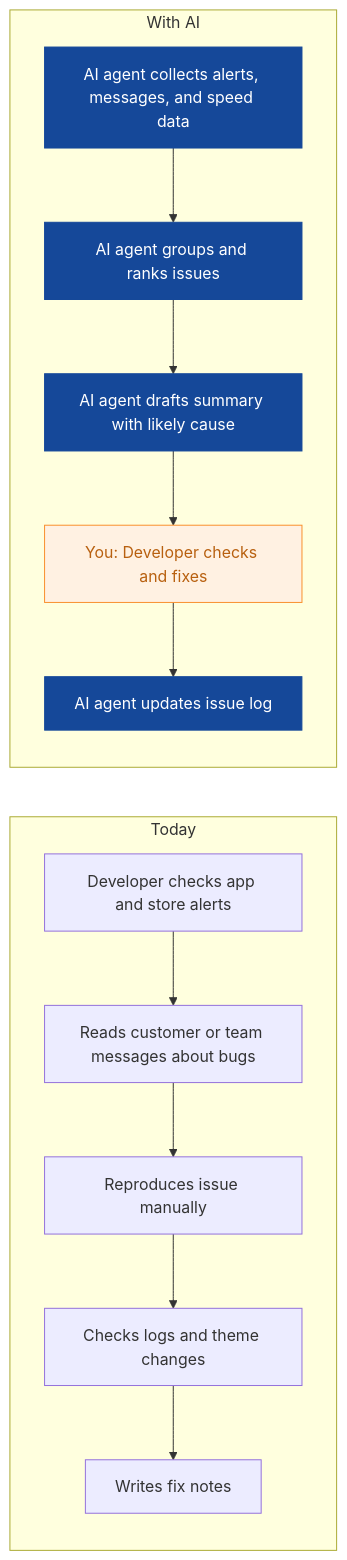
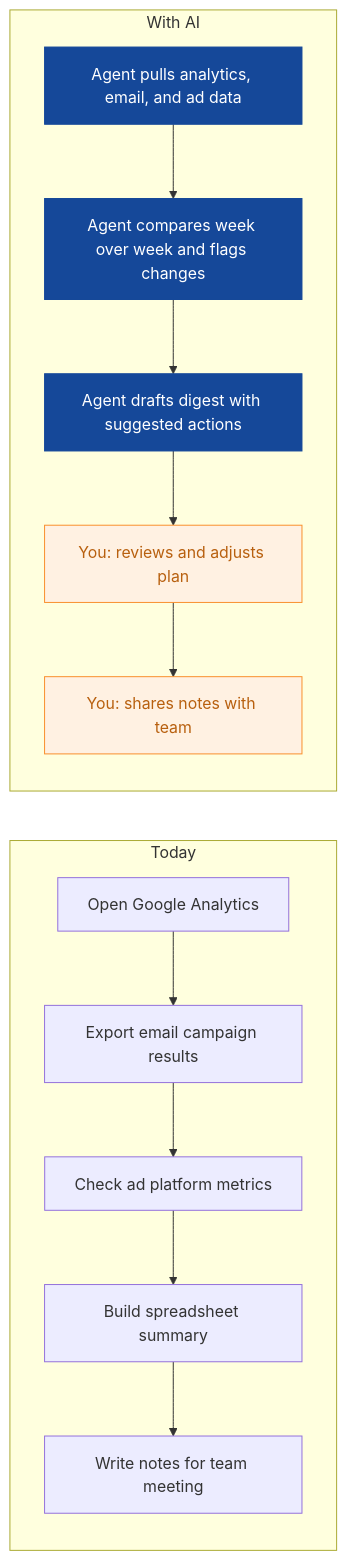
Before and after one commit to nexibeo/Complete-AI-Strategy: the eighth of 8 diagrams in strategies/tidewell-outdoor.md, drawn with Mermaid. The commit also changed other lines of this file and 26 other files, not shown here.

````diff
--- a/strategies/tidewell-outdoor.md
+++ b/strategies/tidewell-outdoor.md
@@ -278,23 +255,23 @@
 ```mermaid
 flowchart LR
   subgraph Today
-    B0["Developer checks app and store alerts"]
-    B1["Reads customer or team messages about bugs"]
-    B2["Reproduces issue manually"]
-    B3["Checks logs and theme changes"]
-    B4["Writes fix notes"]
+    B0["Open Google Analytics"]
+    B1["Export email campaign results"]
+    B2["Check ad platform metrics"]
+    B3["Build spreadsheet summary"]
+    B4["Write notes for team meeting"]
     B0 --> B1 --> B2 --> B3 --> B4
   end
   subgraph WithAI[With AI]
-    A0["AI agent collects alerts, messages, and speed data"]
-    A1["AI agent groups and ranks issues"]
-    A2["AI agent drafts summary with likely cause"]
-    A3["You: Developer checks and fixes"]
-    A4["AI agent updates issue log"]
+    A0["Agent pulls analytics, email, and ad data"]
+    A1["Agent compares week over week and flags changes"]
+    A2["Agent drafts digest with suggested actions"]
+    A3["You: reviews and adjusts plan"]
+    A4["You: shares notes with team"]
     A0 --> A1 --> A2 --> A3 --> A4
   end
   classDef ai fill:#154899,color:#fff,stroke:#154899
   classDef human fill:#FFF1E2,color:#B8600F,stroke:#F98F2C
-  class A0,A1,A2,A4 ai
-  class A3 human
+  class A0,A1,A2 ai
+  class A3,A4 human
 ```
````
